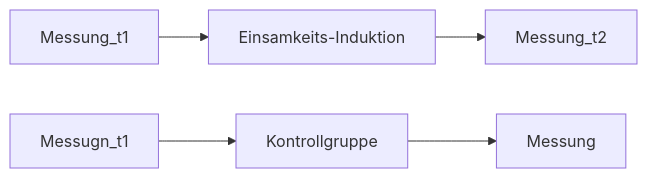
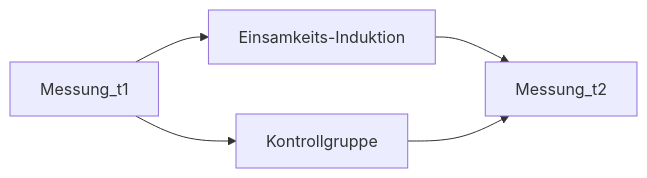
Before and after one commit to sebastiansauer/datenwerk: the fourth of 6 diagrams in posts/einsamkeit-modellierung/index.qmd, drawn with Mermaid. The commit also changed other lines of this file and 4 other files, not shown here.

````diff
--- a/posts/einsamkeit-modellierung/index.qmd
+++ b/posts/einsamkeit-modellierung/index.qmd
@@ -147,7 +147,7 @@
 ```{mermaid}
 graph LR
   Messung_t1 --> G1[Einsamkeits-Induktion] 
-  Messugn_t1 --> G2[Kontrollgruppe]
+  Messung_t1 --> G2[Kontrollgruppe]
   G1 --> Messung_t2 
-  G2 --> Messung
+  G2 --> Messung_t2
 ```
````
